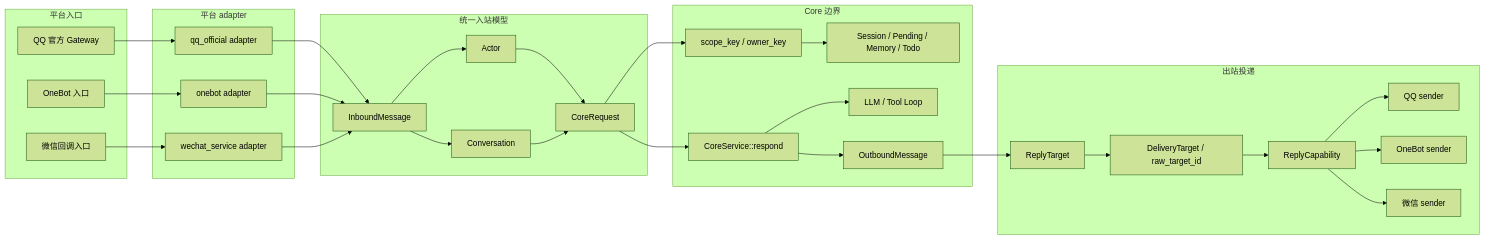
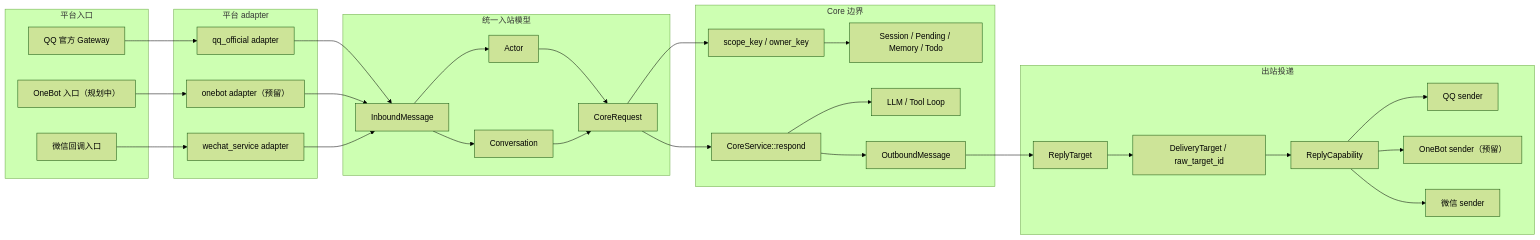
Before and after one commit to kuliantnt/qq-maid-bot: the diagram in qq-maid-gateway-rs/README.md, drawn with Mermaid (forest theme). The commit also changed other lines of this file and 3 other files, not shown here.

First line of the commit message:
[codex] 澄清微信长任务和 OneBot 状态

````diff
--- a/qq-maid-gateway-rs/README.md
+++ b/qq-maid-gateway-rs/README.md
@@ -7,52 +7,52 @@
 ```mermaid
 flowchart LR
     subgraph platform_in["平台入口"]
         qq["QQ 官方 Gateway"]
-        onebot["OneBot 入口"]
+        onebot["OneBot 入口（规划中）"]
         wechat["微信回调入口"]
     end
 
     subgraph adapters["平台 adapter"]
         qq_adapter["qq_official adapter"]
-        onebot_adapter["onebot adapter"]
+        onebot_adapter["onebot adapter（预留）"]
         wechat_adapter["wechat_service adapter"]
     end
 
     subgraph inbound["统一入站模型"]
         inbound_msg["InboundMessage"]
         actor["Actor"]
         conversation["Conversation"]
         core_request["CoreRequest"]
     end
 
     subgraph core["Core 边界"]
         core_service["CoreService::respond"]
         business_keys["scope_key / owner_key"]
         state["Session / Pending / Memory / Todo"]
         llm["LLM / Tool Loop"]
         outbound_msg["OutboundMessage"]
     end
 
     subgraph outbound["出站投递"]
         reply_target["ReplyTarget"]
         delivery_target["DeliveryTarget / raw_target_id"]
         capability["ReplyCapability"]
         qq_sender["QQ sender"]
-        onebot_sender["OneBot sender"]
+        onebot_sender["OneBot sender（预留）"]
         wechat_sender["微信 sender"]
     end
 
     qq --> qq_adapter --> inbound_msg
     onebot --> onebot_adapter --> inbound_msg
     wechat --> wechat_adapter --> inbound_msg
     inbound_msg --> actor --> core_request
     inbound_msg --> conversation --> core_request
     core_request --> core_service
     core_request --> business_keys --> state
     core_service --> llm
     core_service --> outbound_msg
     outbound_msg --> reply_target --> delivery_target --> capability
     capability --> qq_sender
     capability --> onebot_sender
     capability --> wechat_sender
 ```
````
